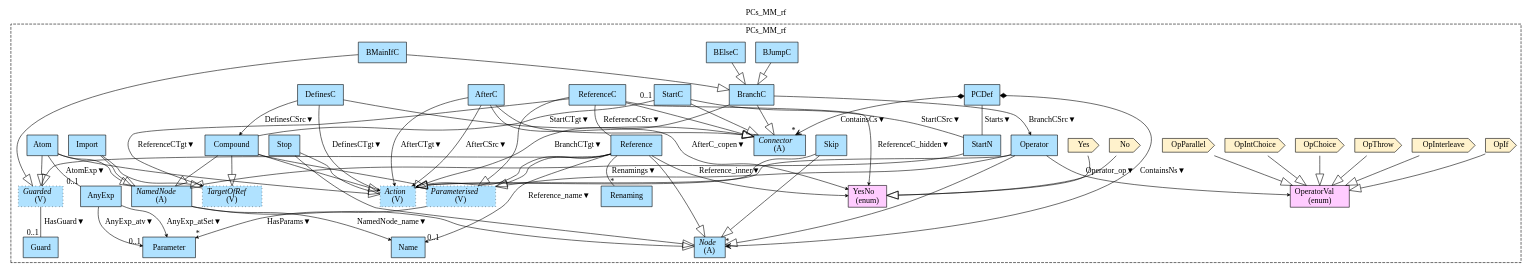
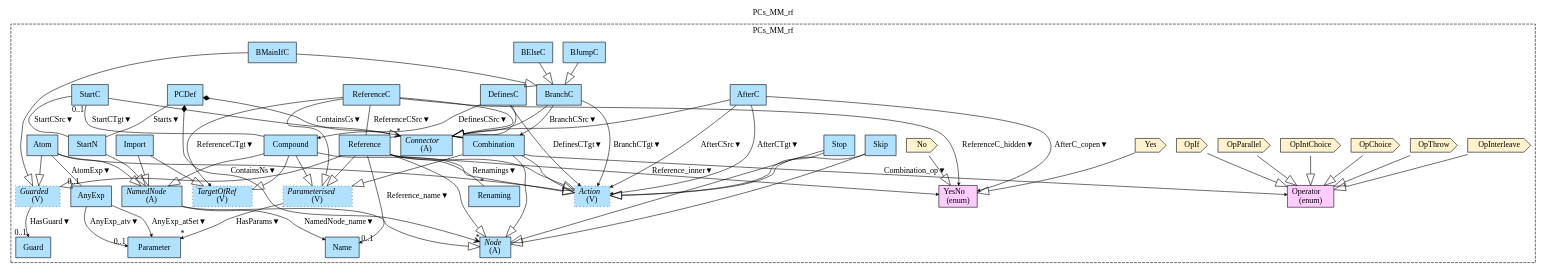
The diagram in Haskell/PCs/MM/img/PCs_MM_rf.gv (namalio/Fragmenta), drawn with Graphviz before and after one commit. The commit also changed 17 other files, not shown here.

```diff
--- a/Haskell/PCs/MM/img/PCs_MM_rf.gv
+++ b/Haskell/PCs/MM/img/PCs_MM_rf.gv
@@ -1,110 +1,110 @@
 digraph {graph[label=PCs_MM_rf,labelloc=tl,labelfontsize=12];
 subgraph cluster_PCs_MM_rf{style=dashed;label=PCs_MM_rf;
-"NamedNode"[shape=record,fillcolor=lightskyblue1,style = filled,label=<{<I>NamedNode</I><br/>(A)}>];
-"Name"[shape=record,fillcolor=lightskyblue1,style = filled,label="Name"];
-"Node"[shape=record,fillcolor=lightskyblue1,style = filled,label=<{<I>Node</I><br/>(A)}>];
-"Connector"[shape=record,fillcolor=lightskyblue1,style = filled,label=<{<I>Connector</I><br/>(A)}>];
 "PCDef"[shape=record,fillcolor=lightskyblue1,style = filled,label="PCDef"];
-"StartN"[shape=record,fillcolor=lightskyblue1,style = filled,label="StartN"];
 "Import"[shape=record,fillcolor=lightskyblue1,style = filled,label="Import"];
-"TargetOfRef"[shape=record,fillcolor=lightskyblue1,style ="filled,dotted",label=<{<I>TargetOfRef</I><br/>(V)}>];
-"Atom"[shape=record,fillcolor=lightskyblue1,style = filled,label="Atom"];
-"Compound"[shape=record,fillcolor=lightskyblue1,style = filled,label="Compound"];
-"Action"[shape=record,fillcolor=lightskyblue1,style ="filled,dotted",label=<{<I>Action</I><br/>(V)}>];
-"Parameterised"[shape=record,fillcolor=lightskyblue1,style ="filled,dotted",label=<{<I>Parameterised</I><br/>(V)}>];
-"Parameter"[shape=record,fillcolor=lightskyblue1,style = filled,label="Parameter"];
-"Guarded"[shape=record,fillcolor=lightskyblue1,style ="filled,dotted",label=<{<I>Guarded</I><br/>(V)}>];
 "Guard"[shape=record,fillcolor=lightskyblue1,style = filled,label="Guard"];
-"YesNo"[shape=record,fillcolor="#FFCCFF",style = filled,label="YesNo\l(enum)"];
 "Yes"[shape=cds,fillcolor="#FFF2CC",style = filled,label="Yes"];
 "No"[shape=cds,fillcolor="#FFF2CC",style = filled,label="No"];
 "AnyExp"[shape=record,fillcolor=lightskyblue1,style = filled,label="AnyExp"];
 "Stop"[shape=record,fillcolor=lightskyblue1,style = filled,label="Stop"];
 "Skip"[shape=record,fillcolor=lightskyblue1,style = filled,label="Skip"];
-"Operator"[shape=record,fillcolor=lightskyblue1,style = filled,label="Operator"];
-"OperatorVal"[shape=record,fillcolor="#FFCCFF",style = filled,label="OperatorVal\l(enum)"];
 "OpChoice"[shape=cds,fillcolor="#FFF2CC",style = filled,label="OpChoice"];
 "OpIntChoice"[shape=cds,fillcolor="#FFF2CC",style = filled,label="OpIntChoice"];
 "OpParallel"[shape=cds,fillcolor="#FFF2CC",style = filled,label="OpParallel"];
 "OpIf"[shape=cds,fillcolor="#FFF2CC",style = filled,label="OpIf"];
 "OpInterleave"[shape=cds,fillcolor="#FFF2CC",style = filled,label="OpInterleave"];
 "OpThrow"[shape=cds,fillcolor="#FFF2CC",style = filled,label="OpThrow"];
-"Reference"[shape=record,fillcolor=lightskyblue1,style = filled,label="Reference"];
 "Renaming"[shape=record,fillcolor=lightskyblue1,style = filled,label="Renaming"];
 "StartC"[shape=record,fillcolor=lightskyblue1,style = filled,label="StartC"];
 "DefinesC"[shape=record,fillcolor=lightskyblue1,style = filled,label="DefinesC"];
 "AfterC"[shape=record,fillcolor=lightskyblue1,style = filled,label="AfterC"];
 "ReferenceC"[shape=record,fillcolor=lightskyblue1,style = filled,label="ReferenceC"];
 "BMainIfC"[shape=record,fillcolor=lightskyblue1,style = filled,label="BMainIfC"];
 "BElseC"[shape=record,fillcolor=lightskyblue1,style = filled,label="BElseC"];
 "BJumpC"[shape=record,fillcolor=lightskyblue1,style = filled,label="BJumpC"];
 "BranchC"[shape=record,fillcolor=lightskyblue1,style = filled,label="BranchC"];
+"NamedNode"[shape=record,fillcolor=lightskyblue1,style = filled,label=<{<I>NamedNode</I><br/>(A)}>];
+"Atom"[shape=record,fillcolor=lightskyblue1,style = filled,label="Atom"];
+"Parameter"[shape=record,fillcolor=lightskyblue1,style = filled,label="Parameter"];
+"Operator"[shape=record,fillcolor="#FFCCFF",style = filled,label="Operator\l(enum)"];
+"Node"[shape=record,fillcolor=lightskyblue1,style = filled,label=<{<I>Node</I><br/>(A)}>];
+"Name"[shape=record,fillcolor=lightskyblue1,style = filled,label="Name"];
+"StartN"[shape=record,fillcolor=lightskyblue1,style = filled,label="StartN"];
+"Compound"[shape=record,fillcolor=lightskyblue1,style = filled,label="Compound"];
+"Parameterised"[shape=record,fillcolor=lightskyblue1,style ="filled,dotted",label=<{<I>Parameterised</I><br/>(V)}>];
+"TargetOfRef"[shape=record,fillcolor=lightskyblue1,style ="filled,dotted",label=<{<I>TargetOfRef</I><br/>(V)}>];
+"Reference"[shape=record,fillcolor=lightskyblue1,style = filled,label="Reference"];
+"YesNo"[shape=record,fillcolor="#FFCCFF",style = filled,label="YesNo\l(enum)"];
+"Connector"[shape=record,fillcolor=lightskyblue1,style = filled,label=<{<I>Connector</I><br/>(A)}>];
+"Combination"[shape=record,fillcolor=lightskyblue1,style = filled,label="Combination"];
+"Action"[shape=record,fillcolor=lightskyblue1,style ="filled,dotted",label=<{<I>Action</I><br/>(V)}>];
+"Guarded"[shape=record,fillcolor=lightskyblue1,style ="filled,dotted",label=<{<I>Guarded</I><br/>(V)}>];
 
 "NamedNode"->"Node"[arrowhead=onormal,arrowsize=2.0];
 "StartN"->"NamedNode"[arrowhead=onormal,arrowsize=2.0];
 "NamedNode"->"Name"[label="NamedNode_name▼",arrowhead=vee,headlabel="",arrowsize=.5];
 "PCDef"->"Node"[label="ContainsNs▼",arrowhead=vee,arrowtail=diamond,dir=both,headlabel="*"];
 "PCDef"->"Connector"[label="ContainsCs▼",arrowhead=vee,arrowtail=diamond,dir=both,headlabel="*"];
 "PCDef"->"StartN"[label="Starts▼",dir=none,taillabel="",headlabel=""];
 "Import"->"NamedNode"[arrowhead=onormal,arrowsize=2.0];
 "Compound"->"NamedNode"[arrowhead=onormal,arrowsize=2.0];
 "Atom"->"NamedNode"[arrowhead=onormal,arrowsize=2.0];
 "Import"->"TargetOfRef"[arrowhead=onormal,arrowsize=2.0];
 "Compound"->"TargetOfRef"[arrowhead=onormal,arrowsize=2.0];
 "Compound"->"Parameterised"[arrowhead=onormal,arrowsize=2.0];
 "Atom"->"Action"[arrowhead=onormal,arrowsize=2.0];
 "Atom"->"Guarded"[arrowhead=onormal,arrowsize=2.0];
 "Compound"->"Action"[arrowhead=onormal,arrowsize=2.0];
 "Parameterised"->"Parameter"[label="HasParams▼",arrowhead=vee,headlabel="*",arrowsize=.5];
-"Guarded"->"Guard"[label="HasGuard▼",dir=none,taillabel="",headlabel="0..1"];
+"Guarded"->"Guard"[label="HasGuard▼",arrowhead=vee,headlabel="0..1",arrowsize=.5];
 "Yes"->"YesNo"[arrowhead=onormal,arrowsize=2.0];
 "No"->"YesNo"[arrowhead=onormal,arrowsize=2.0];
 "Atom"->"AnyExp"[label="AtomExp▼",dir=none,taillabel="",headlabel="0..1"];
 "AnyExp"->"Parameter"[label="AnyExp_atv▼",arrowhead=vee,headlabel="0..1",arrowsize=.5];
 "AnyExp"->"Parameter"[label="AnyExp_atSet▼",arrowhead=vee,headlabel="",arrowsize=.5];
 "Stop"->"Node"[arrowhead=onormal,arrowsize=2.0];
 "Skip"->"Node"[arrowhead=onormal,arrowsize=2.0];
-"Operator"->"Node"[arrowhead=onormal,arrowsize=2.0];
-"Operator"->"Parameterised"[arrowhead=onormal,arrowsize=2.0];
+"Combination"->"Node"[arrowhead=onormal,arrowsize=2.0];
+"Combination"->"Parameterised"[arrowhead=onormal,arrowsize=2.0];
 "Stop"->"Action"[arrowhead=onormal,arrowsize=2.0];
 "Skip"->"Action"[arrowhead=onormal,arrowsize=2.0];
-"Operator"->"Action"[arrowhead=onormal,arrowsize=2.0];
-"Operator"->"OperatorVal"[label="Operator_op▼",arrowhead=vee,headlabel="",arrowsize=.5];
-"OpChoice"->"OperatorVal"[arrowhead=onormal,arrowsize=2.0];
-"OpIntChoice"->"OperatorVal"[arrowhead=onormal,arrowsize=2.0];
-"OpParallel"->"OperatorVal"[arrowhead=onormal,arrowsize=2.0];
-"OpIf"->"OperatorVal"[arrowhead=onormal,arrowsize=2.0];
-"OpInterleave"->"OperatorVal"[arrowhead=onormal,arrowsize=2.0];
-"OpThrow"->"OperatorVal"[arrowhead=onormal,arrowsize=2.0];
+"Combination"->"Action"[arrowhead=onormal,arrowsize=2.0];
+"Combination"->"Operator"[label="Combination_op▼",arrowhead=vee,headlabel="",arrowsize=.5];
+"OpChoice"->"Operator"[arrowhead=onormal,arrowsize=2.0];
+"OpIntChoice"->"Operator"[arrowhead=onormal,arrowsize=2.0];
+"OpParallel"->"Operator"[arrowhead=onormal,arrowsize=2.0];
+"OpIf"->"Operator"[arrowhead=onormal,arrowsize=2.0];
+"OpInterleave"->"Operator"[arrowhead=onormal,arrowsize=2.0];
+"OpThrow"->"Operator"[arrowhead=onormal,arrowsize=2.0];
 "Reference"->"Node"[arrowhead=onormal,arrowsize=2.0];
 "Reference"->"Parameterised"[arrowhead=onormal,arrowsize=2.0];
 "Reference"->"Action"[arrowhead=onormal,arrowsize=2.0];
 "Reference"->"Guarded"[arrowhead=onormal,arrowsize=2.0];
 "Reference"->"Name"[label="Reference_name▼",arrowhead=vee,headlabel="0..1",arrowsize=.5];
 "Reference"->"YesNo"[label="Reference_inner▼",arrowhead=vee,headlabel="",arrowsize=.5];
 "Reference"->"Renaming"[label="Renamings▼",dir=none,taillabel="",headlabel="*"];
 "StartC"->"Connector"[arrowhead=onormal,arrowsize=2.0];
 "StartC"->"StartN"[label="StartCSrc▼",dir=none,taillabel="",headlabel=""];
 "StartC"->"Compound"[label="StartCTgt▼",dir=none,taillabel="0..1",headlabel=""];
 "AfterC"->"Connector"[arrowhead=onormal,arrowsize=2.0];
 "DefinesC"->"Connector"[arrowhead=onormal,arrowsize=2.0];
 "AfterC"->"Action"[label="AfterCSrc▼",arrowhead=vee,headlabel="",arrowsize=.5];
 "AfterC"->"Action"[label="AfterCTgt▼",arrowhead=vee,headlabel="",arrowsize=.5];
 "DefinesC"->"Action"[label="DefinesCTgt▼",arrowhead=vee,headlabel="",arrowsize=.5];
 "DefinesC"->"Compound"[label="DefinesCSrc▼",arrowhead=vee,headlabel="",arrowsize=.5];
 "AfterC"->"YesNo"[label="AfterC_copen▼",arrowhead=vee,headlabel="",arrowsize=.5];
 "ReferenceC"->"Connector"[arrowhead=onormal,arrowsize=2.0];
 "ReferenceC"->"Parameterised"[arrowhead=onormal,arrowsize=2.0];
 "ReferenceC"->"Reference"[label="ReferenceCSrc▼",dir=none,taillabel="",headlabel=""];
 "ReferenceC"->"TargetOfRef"[label="ReferenceCTgt▼",arrowhead=vee,headlabel="",arrowsize=.5];
 "ReferenceC"->"YesNo"[label="ReferenceC_hidden▼",arrowhead=vee,headlabel="",arrowsize=.5];
 "BMainIfC"->"BranchC"[arrowhead=onormal,arrowsize=2.0];
 "BMainIfC"->"Guarded"[arrowhead=onormal,arrowsize=2.0];
 "BElseC"->"BranchC"[arrowhead=onormal,arrowsize=2.0];
 "BJumpC"->"BranchC"[arrowhead=onormal,arrowsize=2.0];
 "BranchC"->"Connector"[arrowhead=onormal,arrowsize=2.0];
-"BranchC"->"Operator"[label="BranchCSrc▼",arrowhead=vee,headlabel="",arrowsize=.5];
+"BranchC"->"Combination"[label="BranchCSrc▼",arrowhead=vee,headlabel="",arrowsize=.5];
 "BranchC"->"Action"[label="BranchCTgt▼",arrowhead=vee,headlabel="",arrowsize=.5];
 
 }
 }
```
